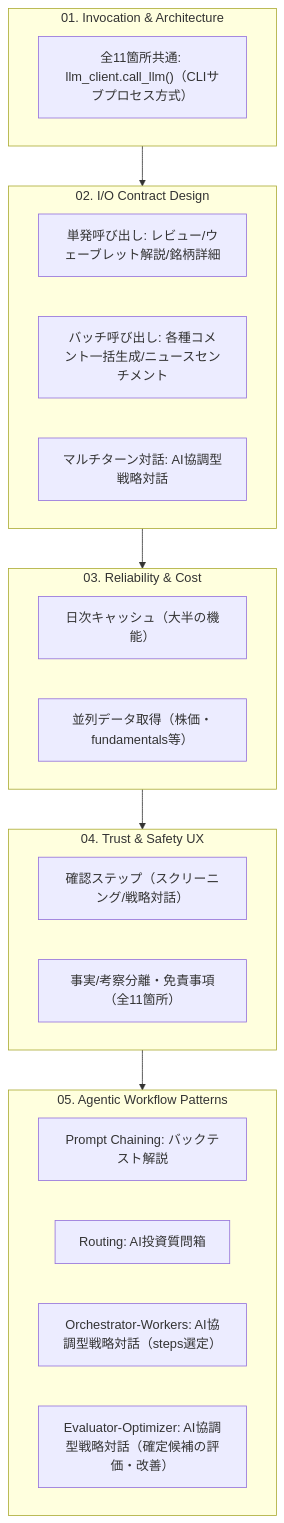
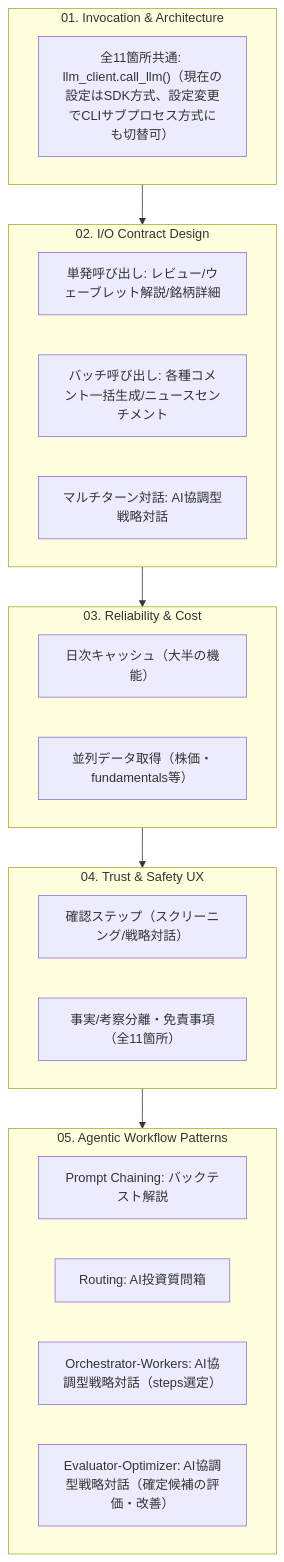
Before and after one commit to duwenji/genai-app-integration-tutorial: the diagram in docs/06-real-world-case-study/01-case-study-map.md, drawn with Mermaid. The commit also changed other lines of this file and 2 other files, not shown here.

First line of the commit message:
docs: call_llmのSDK/CLIプロバイダ切替を記述に反映

````diff
--- a/docs/06-real-world-case-study/01-case-study-map.md
+++ b/docs/06-real-world-case-study/01-case-study-map.md
@@ -104,27 +109,27 @@
 ```mermaid
 flowchart TB
     subgraph cat01["01. Invocation & Architecture"]
-        c01n["全11箇所共通: llm_client.call_llm()（CLIサブプロセス方式）"]
+        c01n["全11箇所共通: llm_client.call_llm()（現在の設定はSDK方式、設定変更でCLIサブプロセス方式にも切替可）"]
     end
     subgraph cat02["02. I/O Contract Design"]
         c02a["単発呼び出し: レビュー/ウェーブレット解説/銘柄詳細"]
         c02b["バッチ呼び出し: 各種コメント一括生成/ニュースセンチメント"]
         c02c["マルチターン対話: AI協調型戦略対話"]
     end
     subgraph cat03["03. Reliability & Cost"]
         c03a["日次キャッシュ（大半の機能）"]
         c03b["並列データ取得（株価・fundamentals等）"]
     end
     subgraph cat04["04. Trust & Safety UX"]
         c04a["確認ステップ（スクリーニング/戦略対話）"]
         c04b["事実/考察分離・免責事項（全11箇所）"]
     end
     subgraph cat05["05. Agentic Workflow Patterns"]
         c05a["Prompt Chaining: バックテスト解説"]
         c05b["Routing: AI投資質問箱"]
         c05d["Orchestrator-Workers: AI協調型戦略対話（steps選定）"]
         c05c["Evaluator-Optimizer: AI協調型戦略対話（確定候補の評価・改善）"]
     end
 
     cat01 --> cat02 --> cat03 --> cat04 --> cat05
 ```
````
